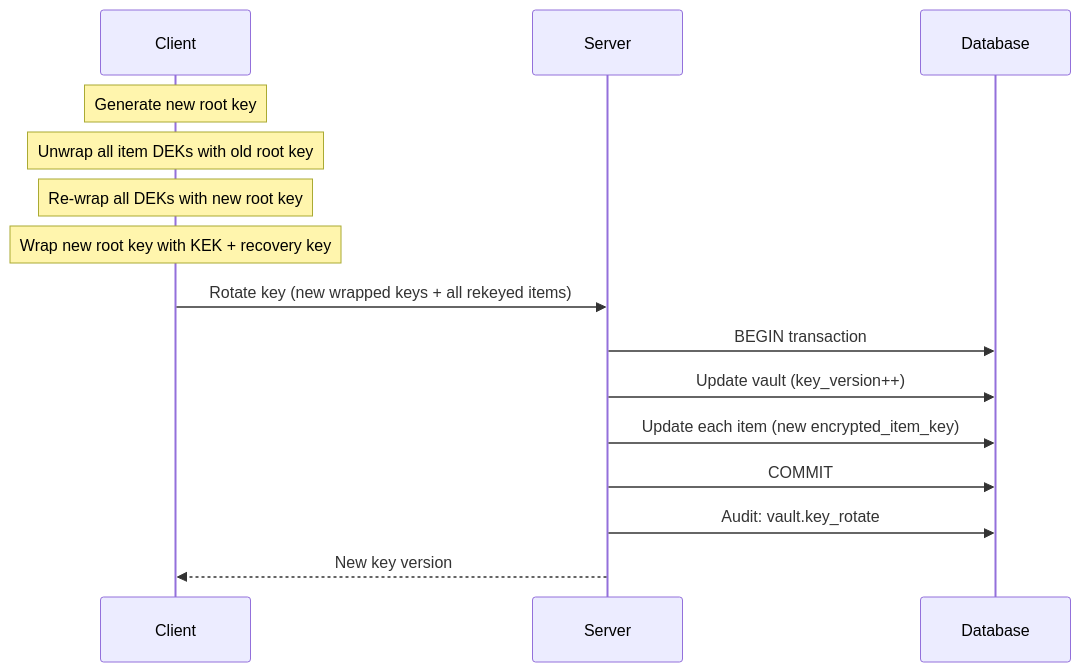
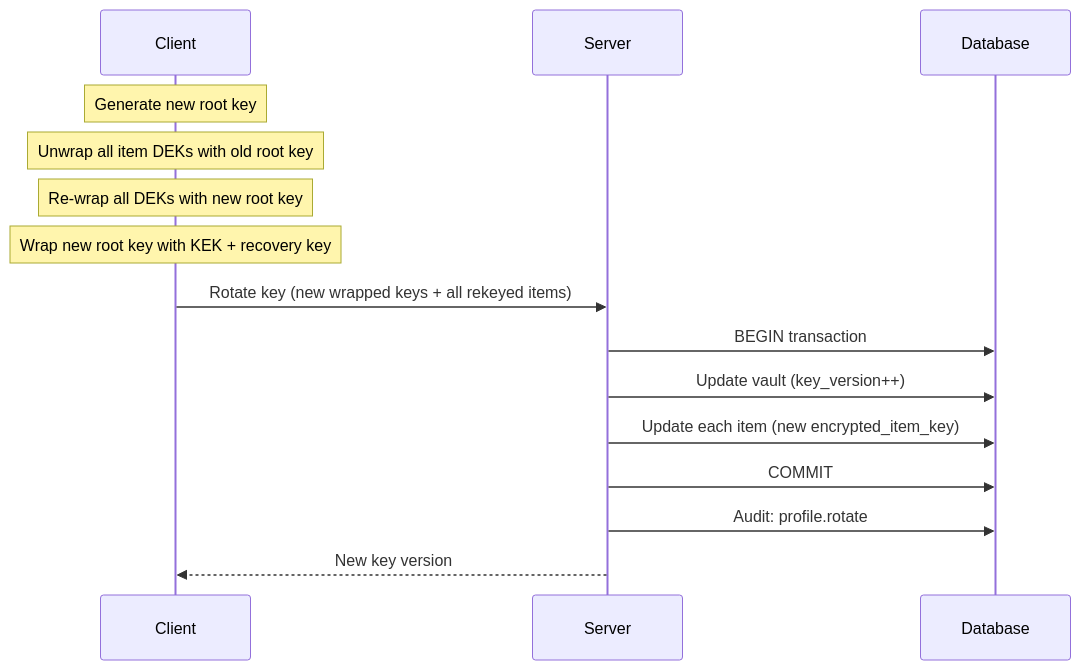
Before and after one commit to punitarani/abadge: diagram 11 of 20 in docs/flow.md, drawn with Mermaid. The commit also changed other lines of this file and 55 other files, not shown here.

````diff
--- a/docs/flow.md
+++ b/docs/flow.md
@@ -233,19 +233,19 @@
 ```mermaid
 sequenceDiagram
   participant User as Client
   participant API as Server
   participant DB as Database
 
   Note over User: Generate new root key
   Note over User: Unwrap all item DEKs with old root key
   Note over User: Re-wrap all DEKs with new root key
   Note over User: Wrap new root key with KEK + recovery key
 
   User->>API: Rotate key (new wrapped keys + all rekeyed items)
   API->>DB: BEGIN transaction
   API->>DB: Update vault (key_version++)
   API->>DB: Update each item (new encrypted_item_key)
   API->>DB: COMMIT
-  API->>DB: Audit: vault.key_rotate
+  API->>DB: Audit: profile.rotate
   API-->>User: New key version
 ```
````
